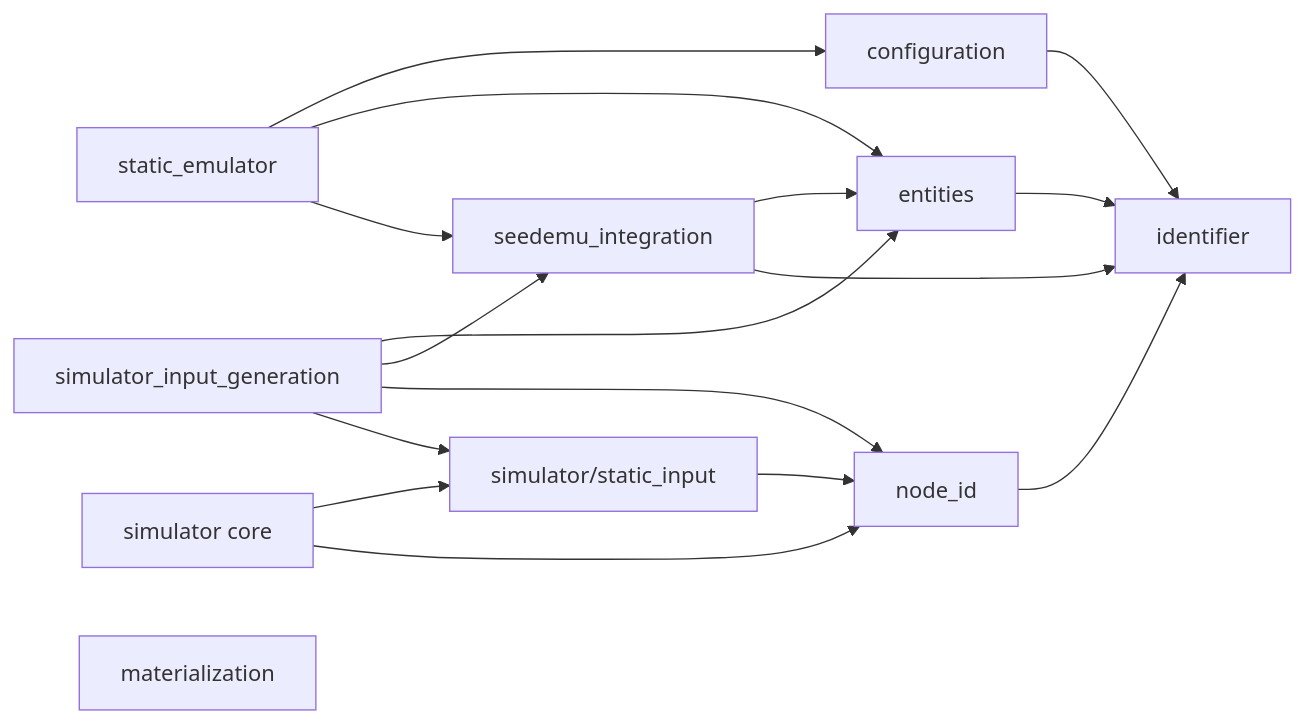
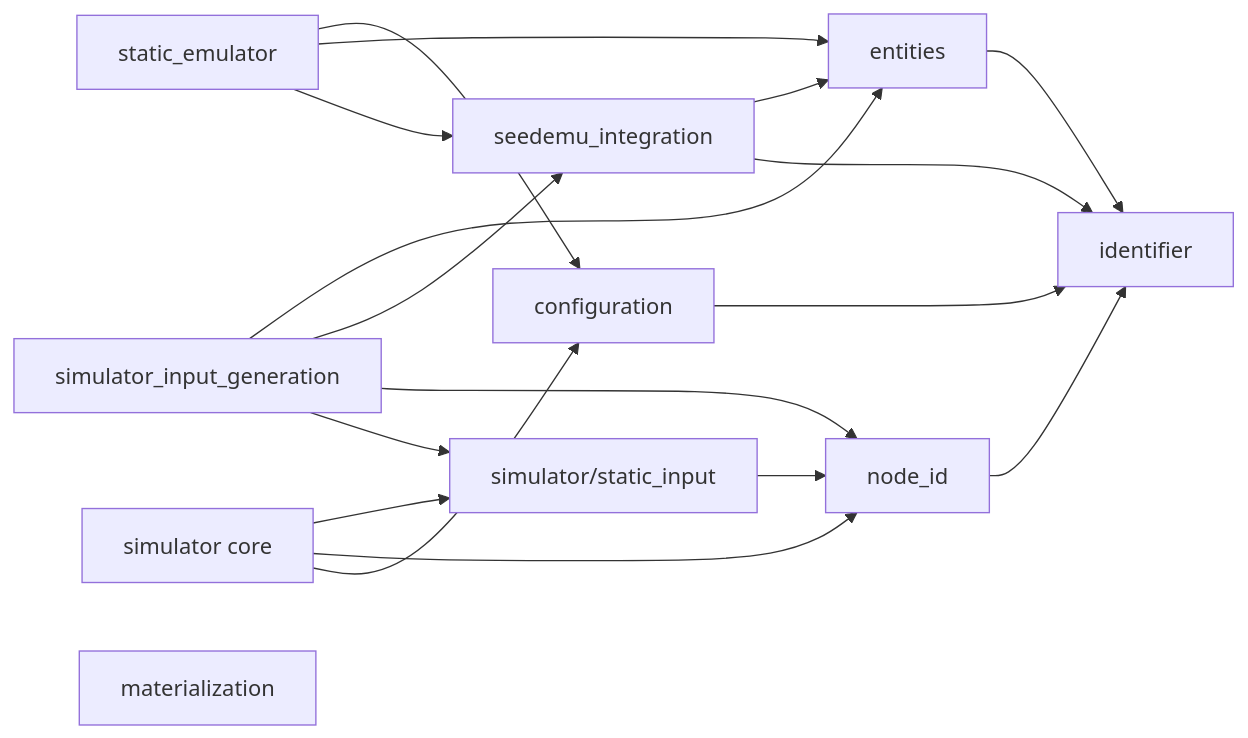
Before and after one commit to seed-labs/skyseed: the first of 9 diagrams in skyseed_v2/docs/architecture/diagrams.md, drawn with Mermaid. The commit also changed other lines of this file and 30 other files, not shown here.

````diff
--- a/skyseed_v2/docs/architecture/diagrams.md
+++ b/skyseed_v2/docs/architecture/diagrams.md
@@ -10,29 +11,30 @@
 ```mermaid
 flowchart LR
     ENT[entities]
     SEED[seedemu_integration]
     INPUT[simulator/static_input]
     CORE[simulator core]
     CONFIG[configuration]
     CREATE[static_emulator]
     GENERATE[simulator_input_generation]
     MAT[materialization]
     NODEID[node_id]
     ID[identifier]
 
     SEED --> ENT
     ENT --> ID
     SEED --> ID
     NODEID --> ID
     INPUT --> NODEID
     CORE --> INPUT
     CORE --> NODEID
+    CORE --> CONFIG
     CONFIG --> ID
     CREATE --> CONFIG
     CREATE --> ENT
     CREATE --> SEED
     GENERATE --> ENT
     GENERATE --> SEED
     GENERATE --> NODEID
     GENERATE --> INPUT
 ```
````
